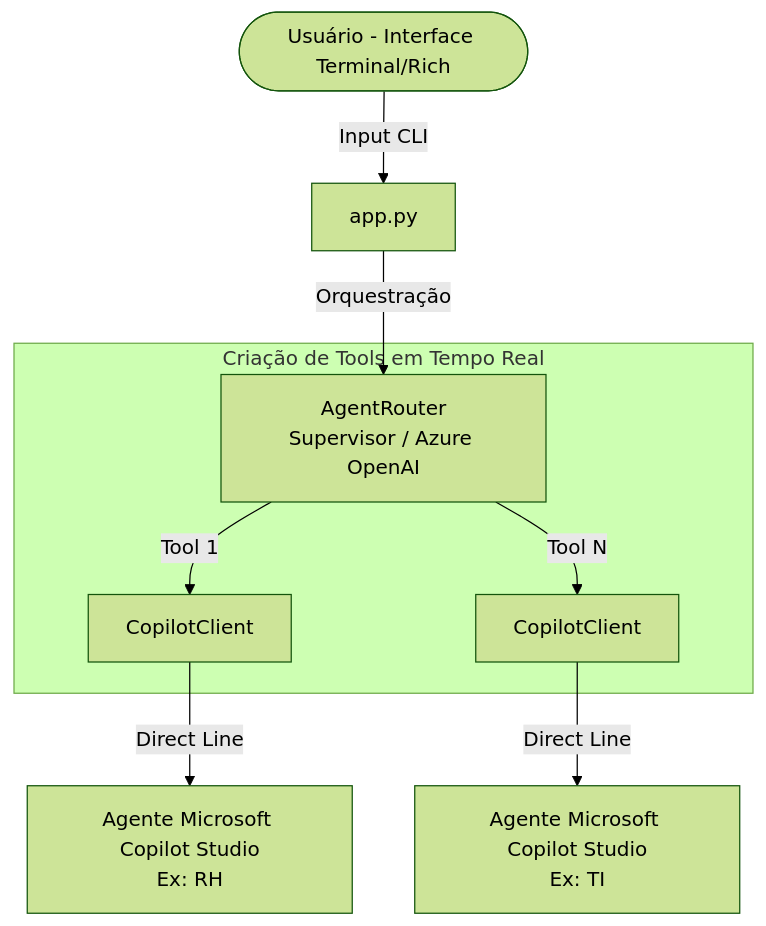
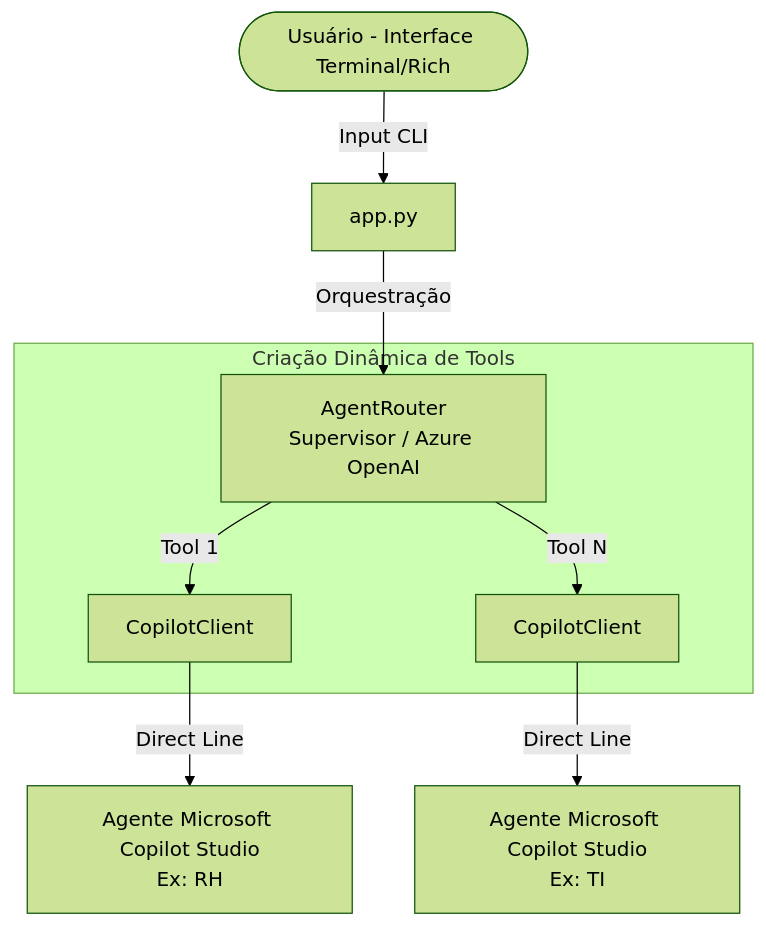
The diagram in IA/ms-agent-framework-copilot-studio/README.md (thiagorufino1/thiagorufino1), drawn with Mermaid (forest theme) before and after one commit. The commit also changed other lines of this file, not shown here.

````diff
--- a/IA/ms-agent-framework-copilot-studio/README.md
+++ b/IA/ms-agent-framework-copilot-studio/README.md
@@ -20,13 +16,13 @@
 ```mermaid
 graph TD
     User([Usuário - Interface Terminal/Rich]) -->|Input CLI| App[app.py]
     App -->|Orquestração| Router[AgentRouter<br/>Supervisor / Azure OpenAI]
     
-    subgraph Dinâmico [Criação de Tools em Tempo Real]
+    subgraph Criação Dinâmica de Tools
         Router -->|Tool 1| Client1[CopilotClient]
-        Router -->|Tool N| ClientN[CopilotClient]
+        Router -->|Tool N| Client2[CopilotClient]
     end
     
     Client1 -->|Direct Line| Agent1[Agente Microsoft Copilot Studio<br/>Ex: RH]
-    ClientN -->|Direct Line| AgentN[Agente Microsoft Copilot Studio<br/>Ex: TI]
+    Client2 -->|Direct Line| Agent2[Agente Microsoft Copilot Studio<br/>Ex: TI]
 ```
````
